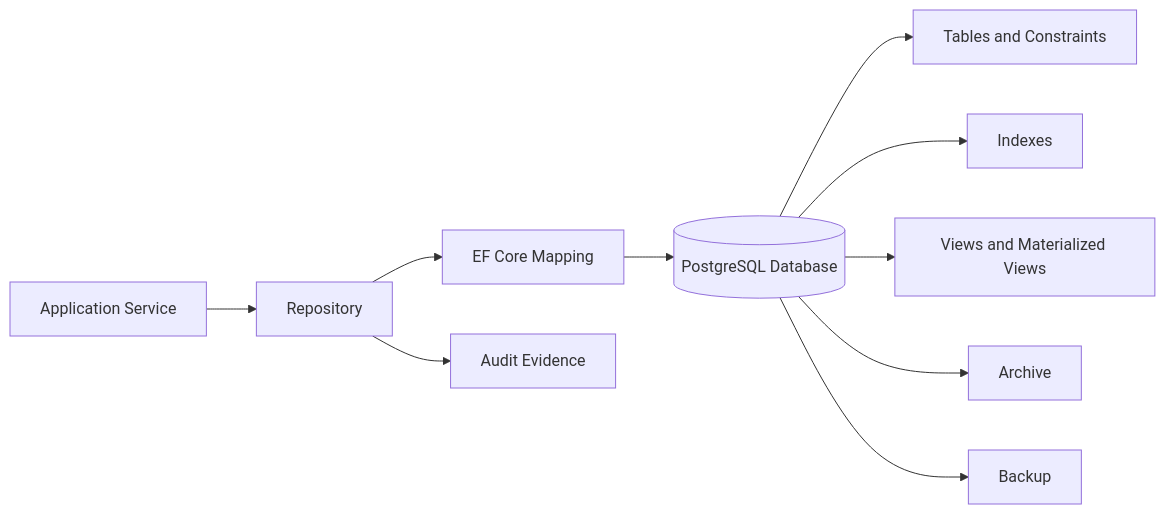
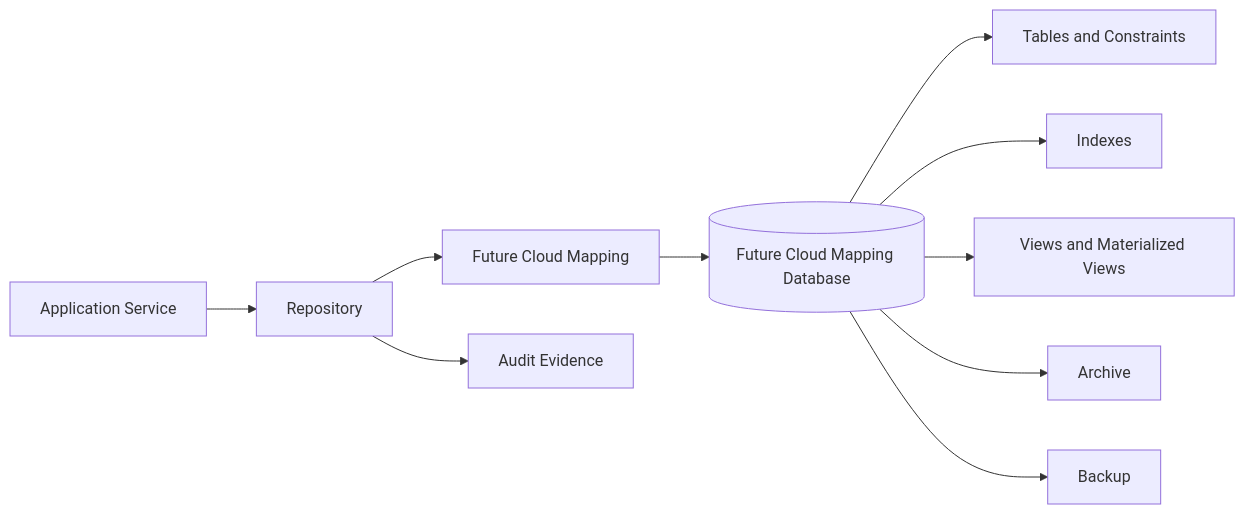
Before and after one commit to archer0615/AtlasEnterprise: the first of 6 diagrams in knowledge/framework/database-governance-framework.md, drawn with Mermaid. The commit also changed other lines of this file and 825 other files, not shown here.

````diff
--- a/knowledge/framework/database-governance-framework.md
+++ b/knowledge/framework/database-governance-framework.md
@@ -572,12 +572,12 @@
 ```mermaid
 flowchart LR
   App[Application Service] --> Repo[Repository]
-  Repo --> Map[EF Core Mapping]
-  Map --> DB[(PostgreSQL Database)]
+  Repo --> Map[Future Cloud Mapping]
+  Map --> DB[(Future Cloud Mapping Database)]
   DB --> Tables[Tables and Constraints]
   DB --> Indexes[Indexes]
   DB --> Views[Views and Materialized Views]
   DB --> Archive[Archive]
   DB --> Backup[Backup]
   Repo --> Audit[Audit Evidence]
 ```
````
